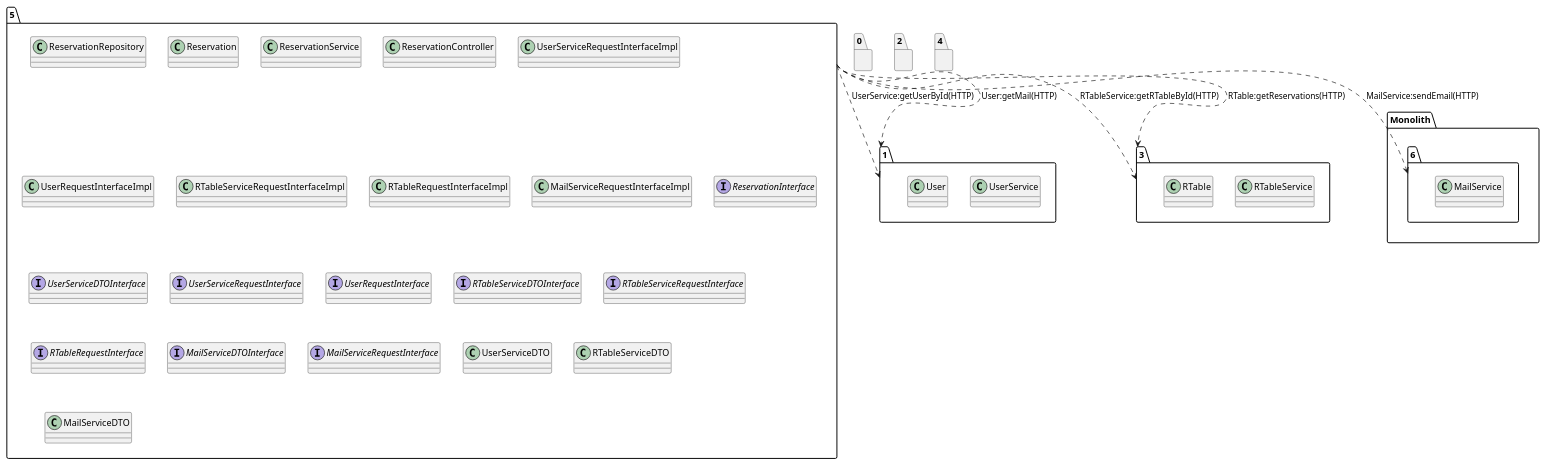
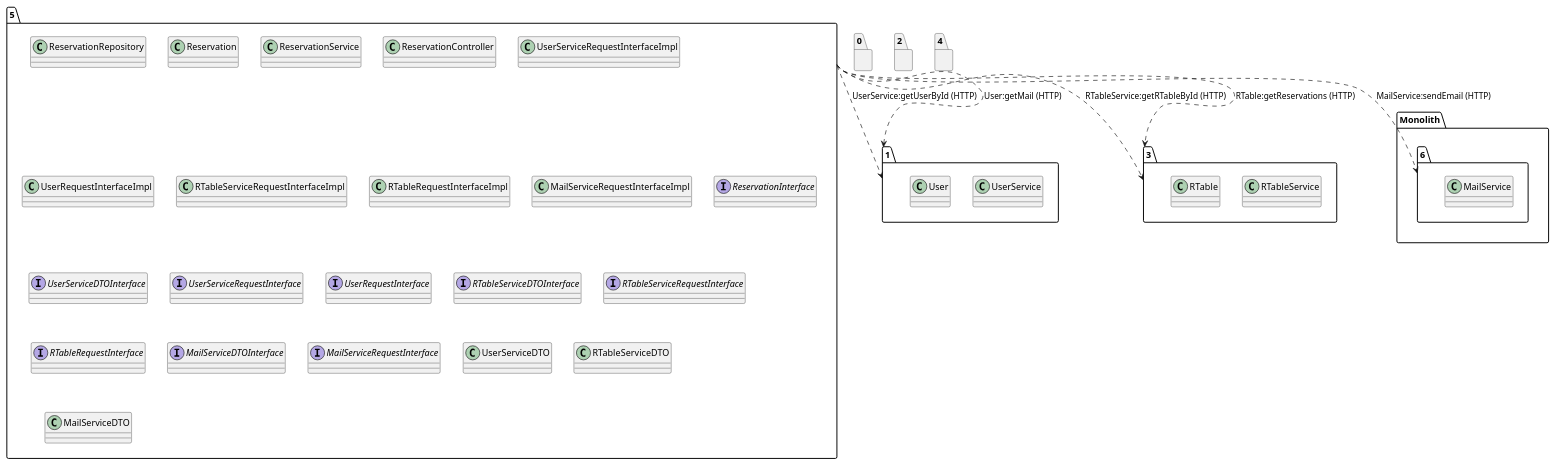
One commit to SoftwareForHumans/MicroOnion changed the diagram in visualization_tool/backend/files/restaurantServer/umls/states/service5_final_state.puml. Above: the diagram before and after it, drawn with PlantUML. The commit also changed 154 other files, not shown here.

Commit message:
Generating restaurant server refactoring schemas

```diff
--- a/visualization_tool/backend/files/restaurantServer/umls/states/service5_final_state.puml
+++ b/visualization_tool/backend/files/restaurantServer/umls/states/service5_final_state.puml
@@ -1,49 +1,49 @@
 @startuml
 package "5"{
 class ReservationRepository
 class Reservation
 class ReservationService
 class ReservationController
 class UserServiceRequestInterfaceImpl
 class UserRequestInterfaceImpl
 class RTableServiceRequestInterfaceImpl
 class RTableRequestInterfaceImpl
 class MailServiceRequestInterfaceImpl
 interface ReservationInterface
 interface UserServiceDTOInterface
 interface UserServiceRequestInterface
 interface UserRequestInterface
 interface RTableServiceDTOInterface
 interface RTableServiceRequestInterface
 interface RTableRequestInterface
 interface MailServiceDTOInterface
 interface MailServiceRequestInterface
 class UserServiceDTO
 class RTableServiceDTO
 class MailServiceDTO
 }
 package "0"{
 }
 package "1"{
 class UserService
 class User
 }
 package "2"{
 }
 package "3"{
 class RTableService
 class RTable
 }
 package "4"{
 }
 package "Monolith" {
 package "6"{
 class MailService
 }
 }
-"5"..>"1":UserService:getUserById(HTTP)
-"5"..>"1":User:getMail(HTTP)
-"5"..>"3":RTableService:getRTableById(HTTP)
-"5"..>"3":RTable:getReservations(HTTP)
-"5"..>"6":MailService:sendEmail(HTTP)
+"5"..>"1":UserService:getUserById (HTTP)
+"5"..>"1":User:getMail (HTTP)
+"5"..>"3":RTableService:getRTableById (HTTP)
+"5"..>"3":RTable:getReservations (HTTP)
+"5"..>"6":MailService:sendEmail (HTTP)
 @enduml
```
